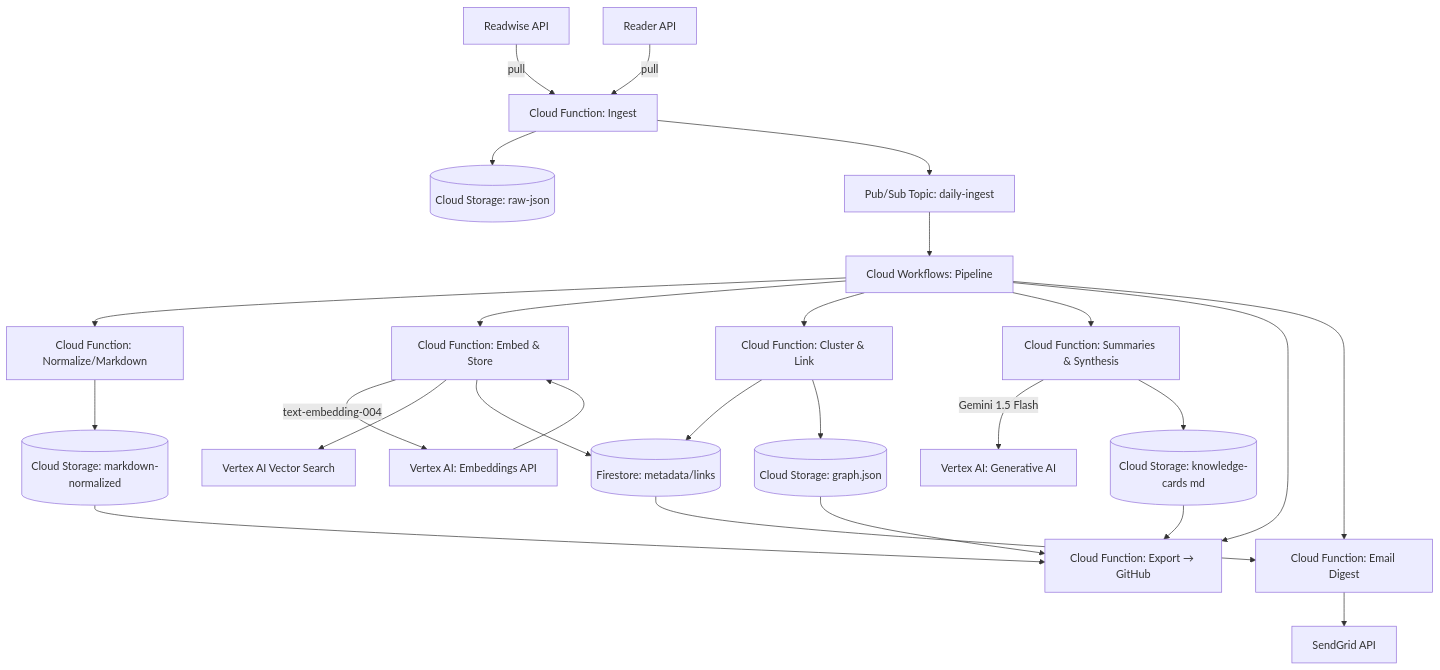
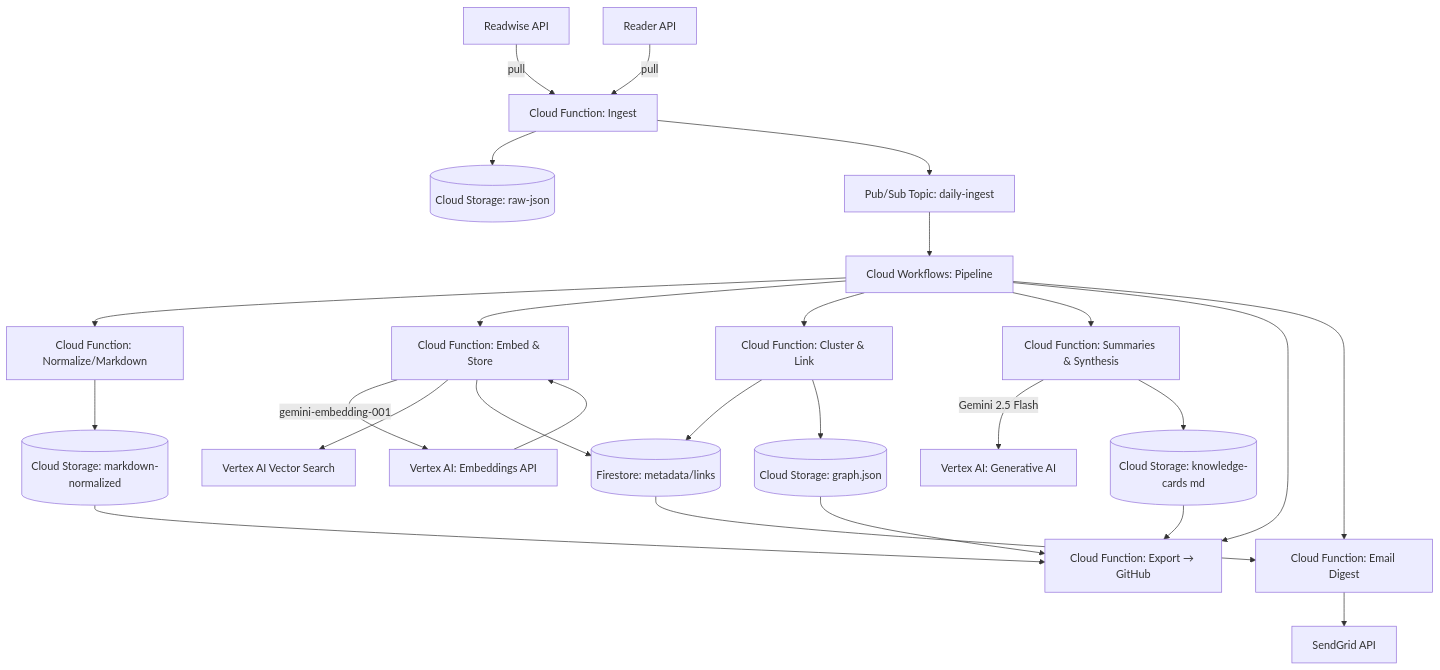
The first of 2 diagrams in docs/architecture.md (chrismmuc/kx-hub), drawn with Mermaid before and after one commit. The commit also changed other lines of this file and 1 other file, not shown here.

````diff
--- a/docs/architecture.md
+++ b/docs/architecture.md
@@ -13,36 +13,36 @@
 ```mermaid
 flowchart TB
   RW[Readwise API] -->|pull| F1[Cloud Function: Ingest]
   RR[Reader API]   -->|pull| F1
 
   F1 --> GCS_RAW[(Cloud Storage: raw-json)]
   F1 --> PS_TOPIC[Pub/Sub Topic: daily-ingest]
 
   PS_TOPIC --> WF[Cloud Workflows: Pipeline]
 
   WF --> F2[Cloud Function: Normalize/Markdown]
   F2 --> GCS_MD[(Cloud Storage: markdown-normalized)]
 
   WF --> F3[Cloud Function: Embed & Store]
-  F3 -->|text-embedding-004| V_EMB[Vertex AI: Embeddings API]
+  F3 -->|gemini-embedding-001| V_EMB[Vertex AI: Embeddings API]
   V_EMB --> F3
   F3 --> V_VS[Vertex AI Vector Search]
   F3 --> FS_META[(Firestore: metadata/links)]
 
   WF --> F4[Cloud Function: Cluster & Link]
   F4 --> FS_META
   F4 --> GCS_GRAPH[(Cloud Storage: graph.json)]
 
   WF --> F5[Cloud Function: Summaries & Synthesis]
-  F5 -->|Gemini 1.5 Flash| V_GEN[Vertex AI: Generative AI]
+  F5 -->|Gemini 2.5 Flash| V_GEN[Vertex AI: Generative AI]
   F5 --> GCS_KC[(Cloud Storage: knowledge-cards md)]
 
   WF --> F6[Cloud Function: Export → GitHub]
   GCS_MD --> F6
   GCS_KC --> F6
   GCS_GRAPH --> F6
 
   WF --> F7[Cloud Function: Email Digest]
   FS_META --> F7
   F7 --> SENDGRID[SendGrid API]
 ```
````
